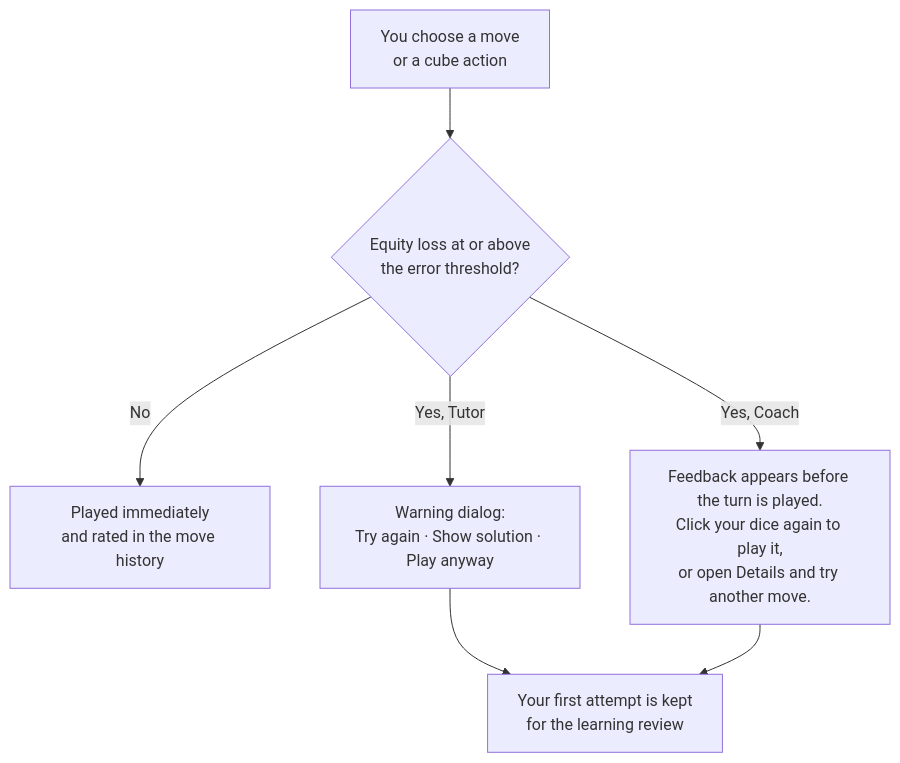
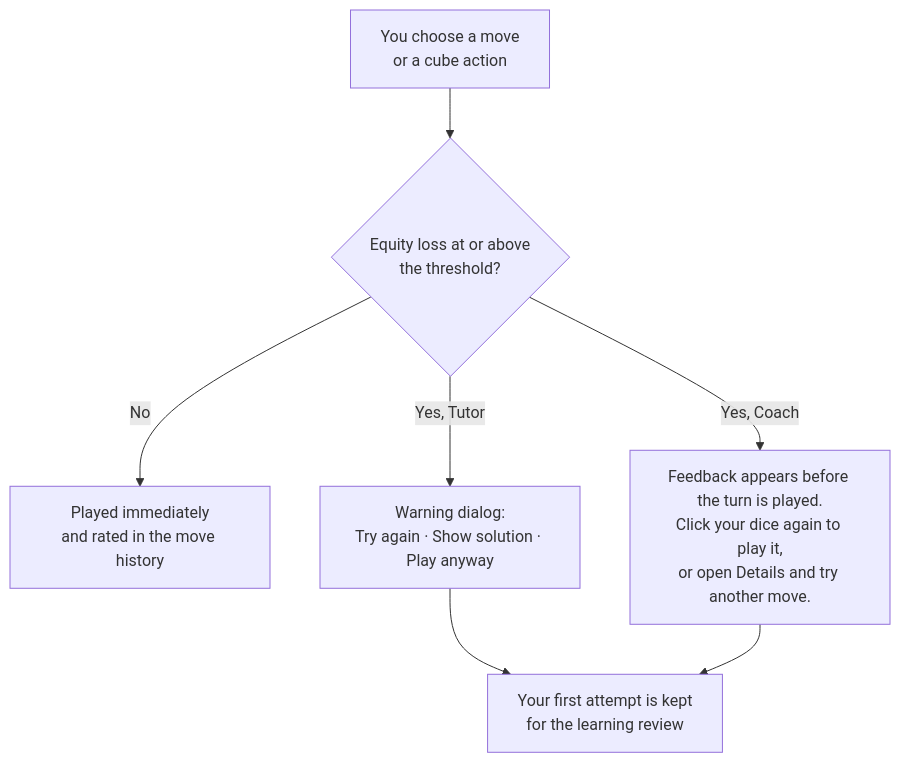
The third of 7 diagrams in docs/user-guide/README.md (HendrikReh/neondojo), drawn with Mermaid before and after one commit. The commit also changed other lines of this file and 55 other files, not shown here.

````diff
--- a/docs/user-guide/README.md
+++ b/docs/user-guide/README.md
@@ -153,9 +153,9 @@
 ```mermaid
 flowchart TD
-  D["You choose a move<br/>or a cube action"] --> Q{"Equity loss at or above<br/>the error threshold?"}
+  D["You choose a move<br/>or a cube action"] --> Q{"Equity loss at or above<br/>the threshold?"}
   Q -- "No" --> OK["Played immediately<br/>and rated in the move history"]
   Q -- "Yes, Coach" --> C["Feedback appears before the turn is played.<br/>Click your dice again to play it,<br/>or open Details and try another move."]
   Q -- "Yes, Tutor" --> T["Warning dialog:<br/>Try again · Show solution · Play anyway"]
   T --> K["Your first attempt is kept<br/>for the learning review"]
   C --> K
 ```
````
